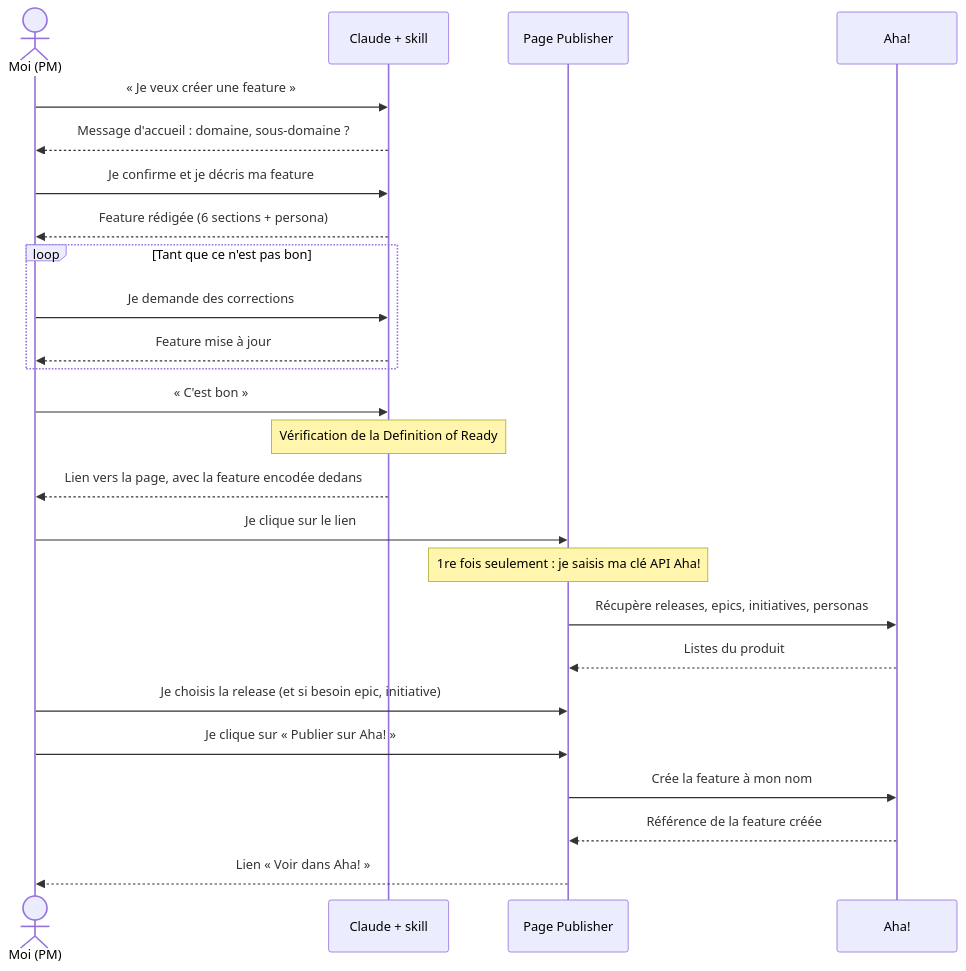
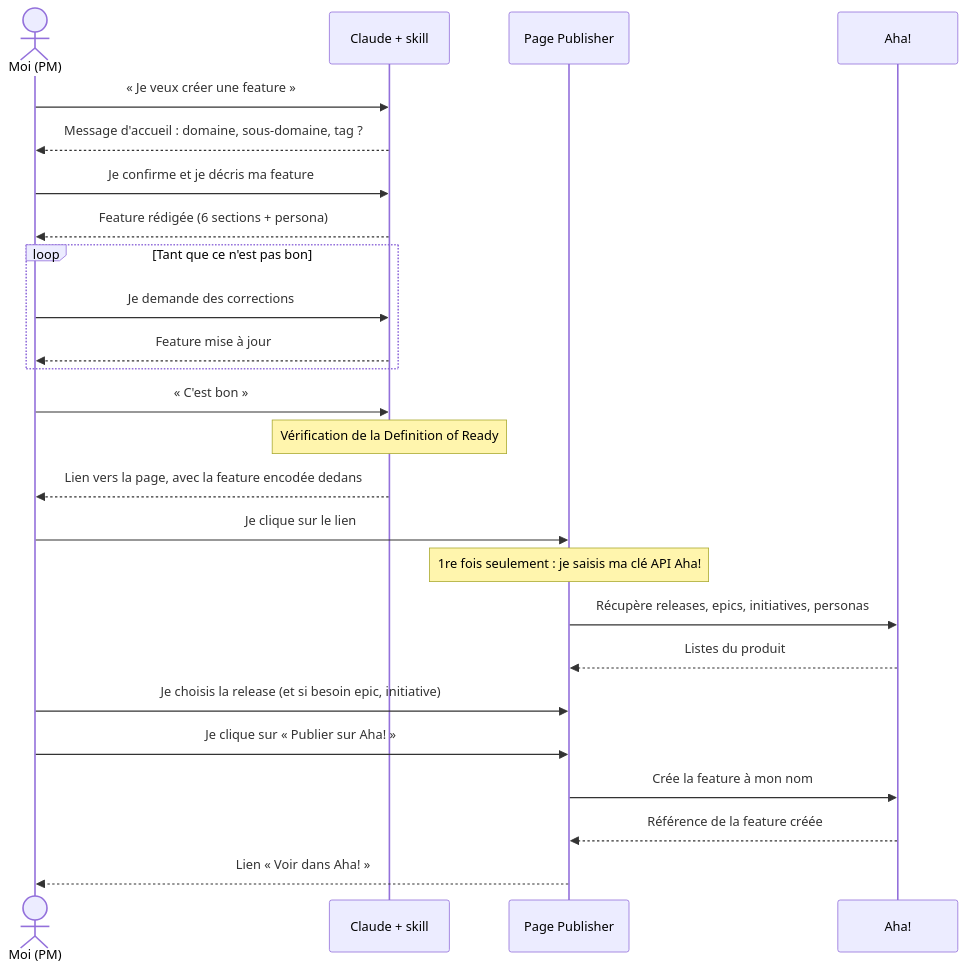
Before and after one commit to berenaud/cegid-retail: the first of 2 diagrams in aha/README.md, drawn with Mermaid. The commit also changed other lines of this file, not shown here.

````diff
--- a/aha/README.md
+++ b/aha/README.md
@@ -18,28 +18,28 @@
 ```mermaid
 sequenceDiagram
     actor PM as Moi (PM)
     participant C as Claude + skill
     participant P as Page Publisher
     participant A as Aha!
 
     PM->>C: « Je veux créer une feature »
-    C-->>PM: Message d'accueil : domaine, sous-domaine ?
+    C-->>PM: Message d'accueil : domaine, sous-domaine, tag ?
     PM->>C: Je confirme et je décris ma feature
     C-->>PM: Feature rédigée (6 sections + persona)
     loop Tant que ce n'est pas bon
         PM->>C: Je demande des corrections
         C-->>PM: Feature mise à jour
     end
     PM->>C: « C'est bon »
     Note over C: Vérification de la Definition of Ready
     C-->>PM: Lien vers la page, avec la feature encodée dedans
     PM->>P: Je clique sur le lien
     Note over P: 1re fois seulement : je saisis ma clé API Aha!
     P->>A: Récupère releases, epics, initiatives, personas
     A-->>P: Listes du produit
     PM->>P: Je choisis la release (et si besoin epic, initiative)
     PM->>P: Je clique sur « Publier sur Aha! »
     P->>A: Crée la feature à mon nom
     A-->>P: Référence de la feature créée
     P-->>PM: Lien « Voir dans Aha! »
 ```
````
